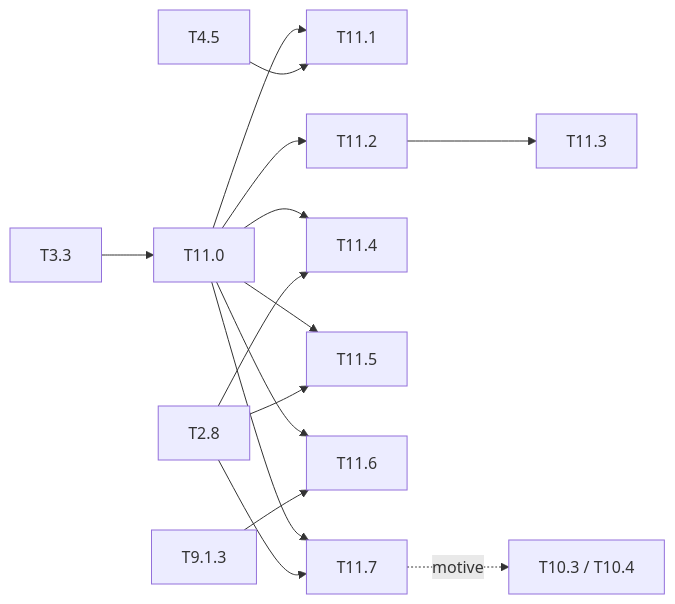
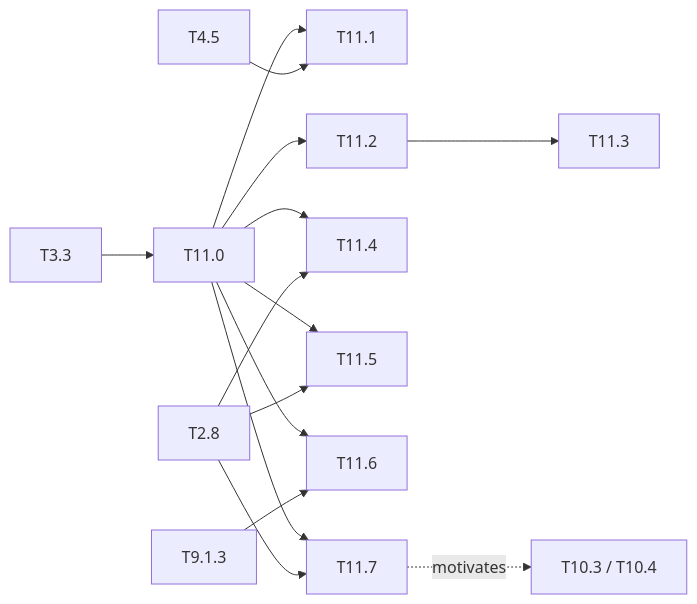
Before and after one commit to lrivals/EmbeddedComputervision: the diagram in docs/tasks/M11-jeux-de-donnees.md, drawn with Mermaid. The commit also changed other lines of this file and 1 other file, not shown here.

````diff
--- a/docs/tasks/M11-jeux-de-donnees.md
+++ b/docs/tasks/M11-jeux-de-donnees.md
@@ -277,10 +279,10 @@
 ```mermaid
 graph LR
   T33[T3.3] --> T110[T11.0]
   T110 --> T111[T11.1] & T112[T11.2] & T114[T11.4] & T115[T11.5] & T116[T11.6] & T117[T11.7]
   T45[T4.5] --> T111
   T112 --> T113[T11.3]
   T913[T9.1.3] --> T116
   T28[T2.8] --> T114 & T115 & T117
-  T117 -. "motive" .-> T103[T10.3 / T10.4]
+  T117 -. "motivates" .-> T103[T10.3 / T10.4]
 ```
````
